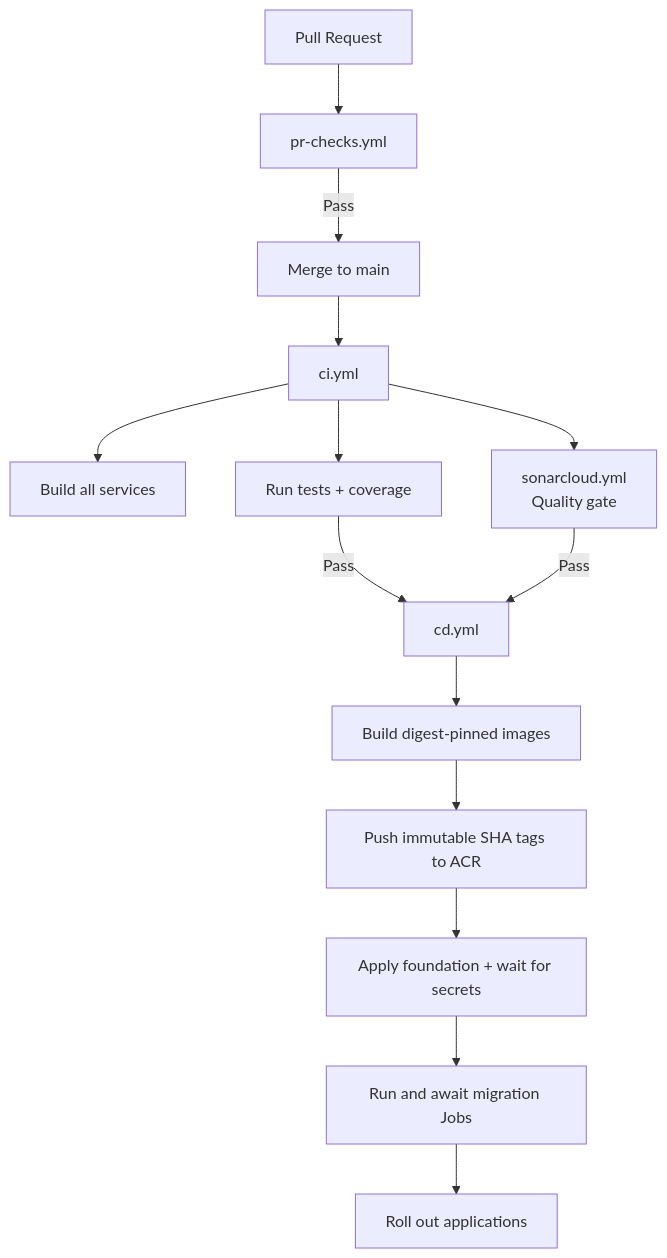
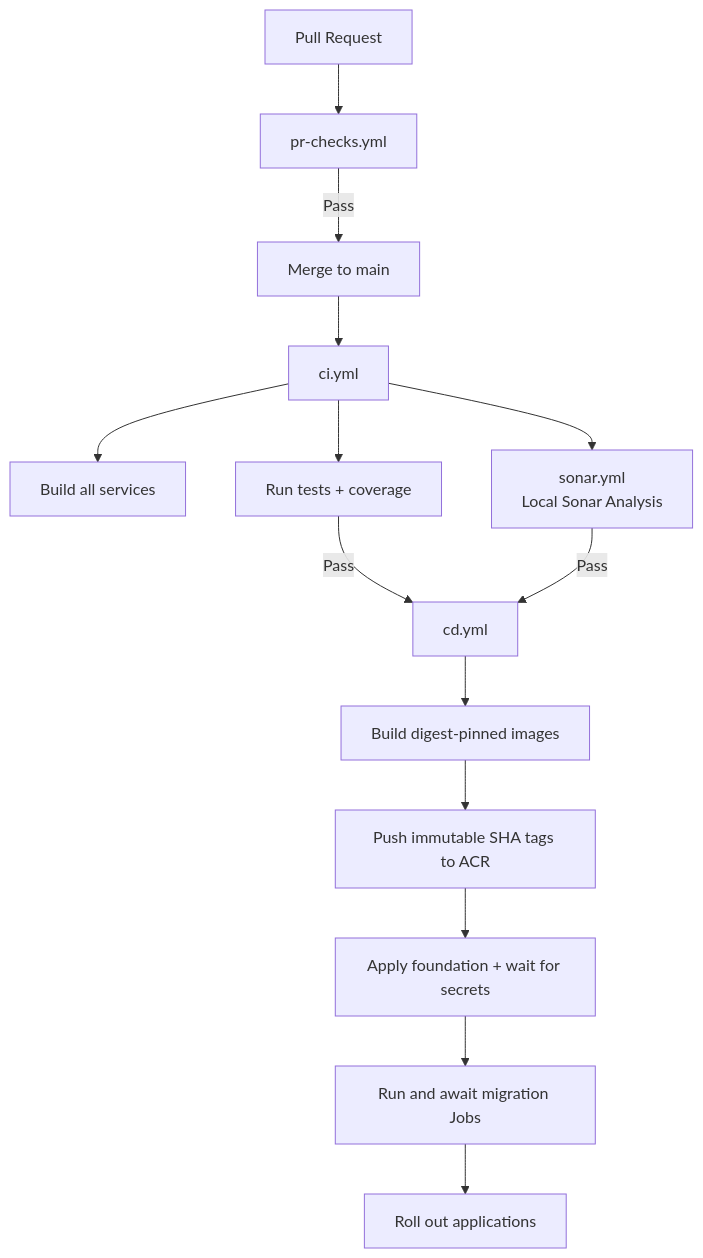
Before and after one commit to blanho/auction-platform-microservices: the second of 2 diagrams in docs/deployment.md, drawn with Mermaid. The commit also changed other lines of this file and 162 other files, not shown here.

Commit message:
fix(quality): resolve local Sonar findings across backend

````diff
--- a/docs/deployment.md
+++ b/docs/deployment.md
@@ -304,16 +304,16 @@
 ```mermaid
 graph TD
     PR["Pull Request"] --> PRC["pr-checks.yml"]
     PRC --> |Pass| Merge["Merge to main"]
     Merge --> CI["ci.yml"]
     CI --> Build["Build all services"]
     CI --> Test["Run tests + coverage"]
-    CI --> SONAR["sonarcloud.yml<br/>Quality gate"]
+    CI --> SONAR["sonar.yml<br/>Local Sonar Analysis"]
     Test --> |Pass| CD["cd.yml"]
     SONAR --> |Pass| CD
     CD --> Docker["Build digest-pinned images"]
     Docker --> Push["Push immutable SHA tags to ACR"]
     Push --> Foundation["Apply foundation + wait for secrets"]
     Foundation --> Migrate["Run and await migration Jobs"]
     Migrate --> Deploy["Roll out applications"]
 ```
````
